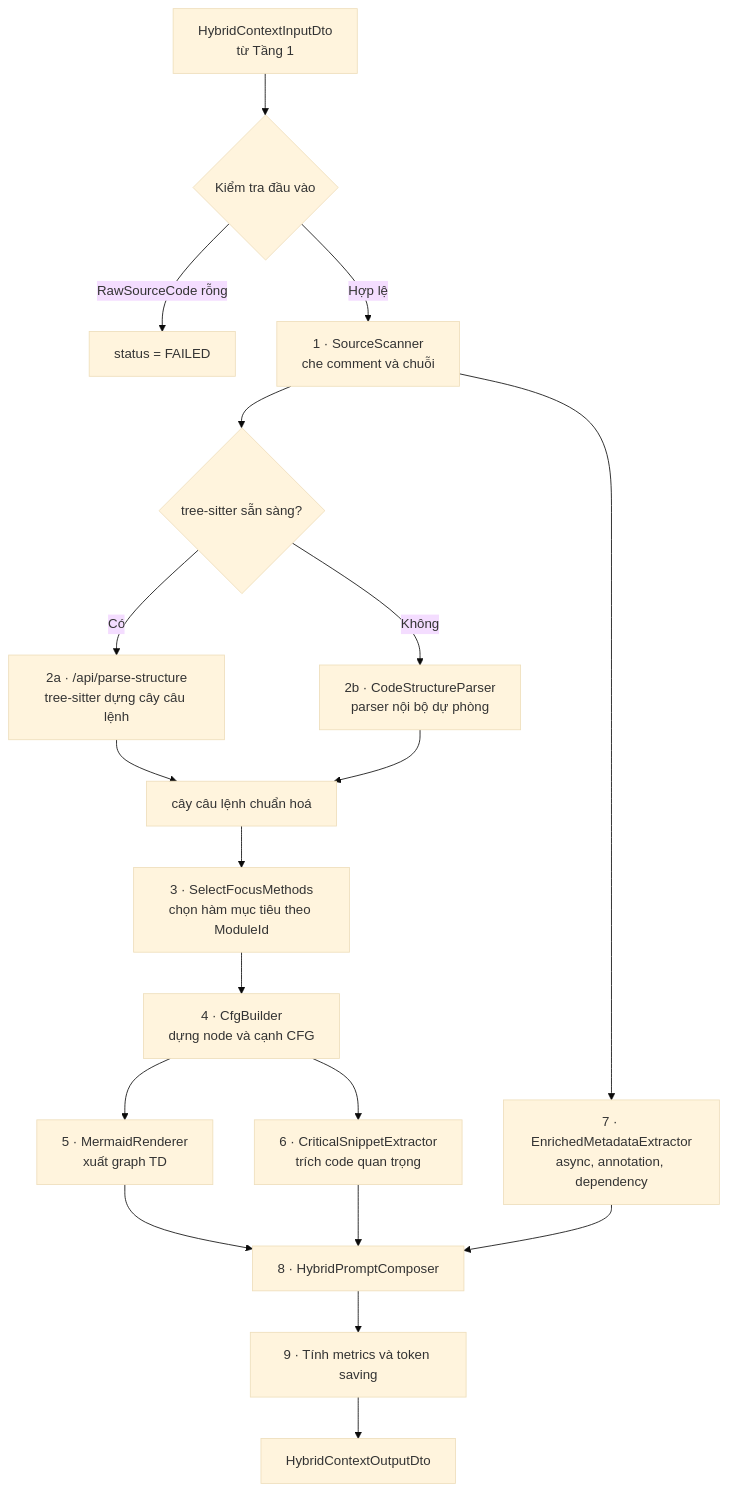
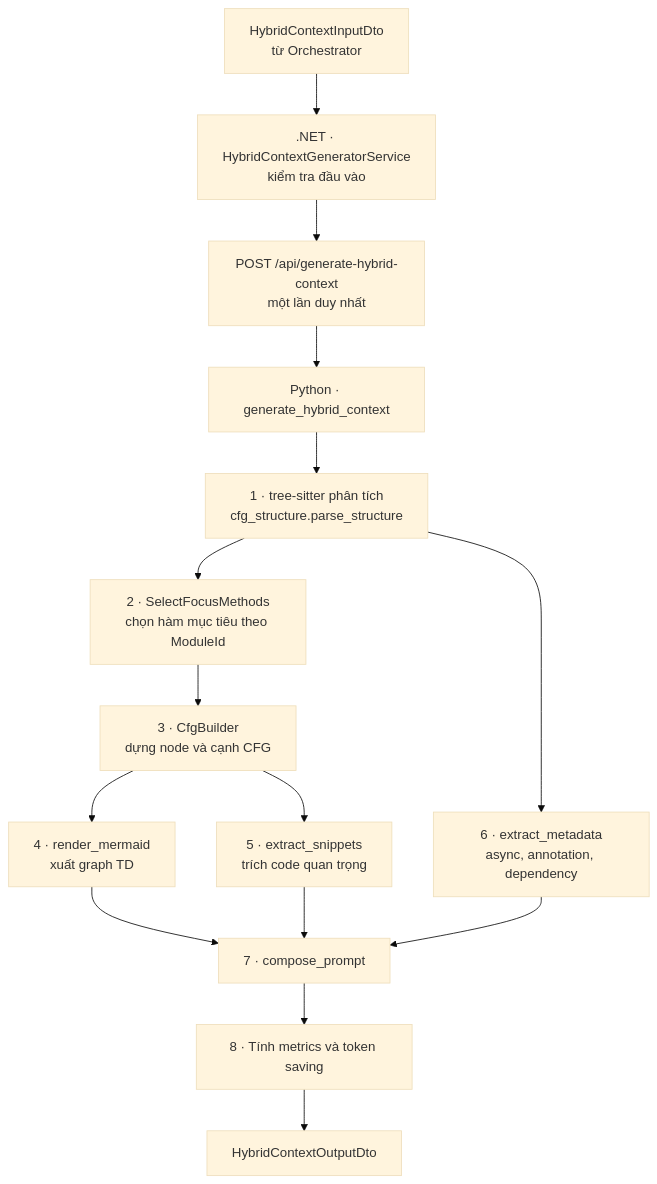
One commit to HuongDS/Repo_Into_Graph changed the diagram in TANG_2_IMPLEMENTATION_GUIDE.md. Above: the diagram before and after it, drawn with Mermaid (base theme). The commit also changed other lines of this file and 16 other files, not shown here.

First line of the commit message:
Migrate Hybrid Context Generator to Python module

````diff
--- a/TANG_2_IMPLEMENTATION_GUIDE.md
+++ b/TANG_2_IMPLEMENTATION_GUIDE.md
@@ -26,21 +28,17 @@
 ```mermaid
 graph TD
-  IN[HybridContextInputDto<br/>từ Tầng 1] --> V{Kiểm tra đầu vào}
-  V -- RawSourceCode rỗng --> FAIL[status = FAILED]
-  V -- Hợp lệ --> S1[1 · SourceScanner<br/>che comment và chuỗi]
-  S1 --> P{tree-sitter sẵn sàng?}
-  P -- Có --> T[2a · /api/parse-structure<br/>tree-sitter dựng cây câu lệnh]
-  P -- Không --> B2[2b · CodeStructureParser<br/>parser nội bộ dự phòng]
-  T --> S2[cây câu lệnh chuẩn hoá]
-  B2 --> S2
-  S2 --> S3[3 · SelectFocusMethods<br/>chọn hàm mục tiêu theo ModuleId]
-  S3 --> S4[4 · CfgBuilder<br/>dựng node và cạnh CFG]
-  S4 --> S5[5 · MermaidRenderer<br/>xuất graph TD]
-  S4 --> S6[6 · CriticalSnippetExtractor<br/>trích code quan trọng]
-  S1 --> S7[7 · EnrichedMetadataExtractor<br/>async, annotation, dependency]
-  S5 --> S8[8 · HybridPromptComposer]
-  S6 --> S8
-  S7 --> S8
-  S8 --> S9[9 · Tính metrics và token saving]
-  S9 --> OUT[HybridContextOutputDto]
+  IN[HybridContextInputDto<br/>từ Orchestrator] --> NET[.NET · HybridContextGeneratorService<br/>kiểm tra đầu vào]
+  NET --> HTTP[POST /api/generate-hybrid-context<br/>một lần duy nhất]
+  HTTP --> PY[Python · generate_hybrid_context]
+  PY --> S1[1 · tree-sitter phân tích<br/>cfg_structure.parse_structure]
+  S1 --> S2[2 · SelectFocusMethods<br/>chọn hàm mục tiêu theo ModuleId]
+  S2 --> S3[3 · CfgBuilder<br/>dựng node và cạnh CFG]
+  S3 --> S4[4 · render_mermaid<br/>xuất graph TD]
+  S3 --> S5[5 · extract_snippets<br/>trích code quan trọng]
+  S1 --> S6[6 · extract_metadata<br/>async, annotation, dependency]
+  S4 --> S7[7 · compose_prompt]
+  S5 --> S7
+  S6 --> S7
+  S7 --> S8[8 · Tính metrics và token saving]
+  S8 --> OUT[HybridContextOutputDto]
 ```
````
